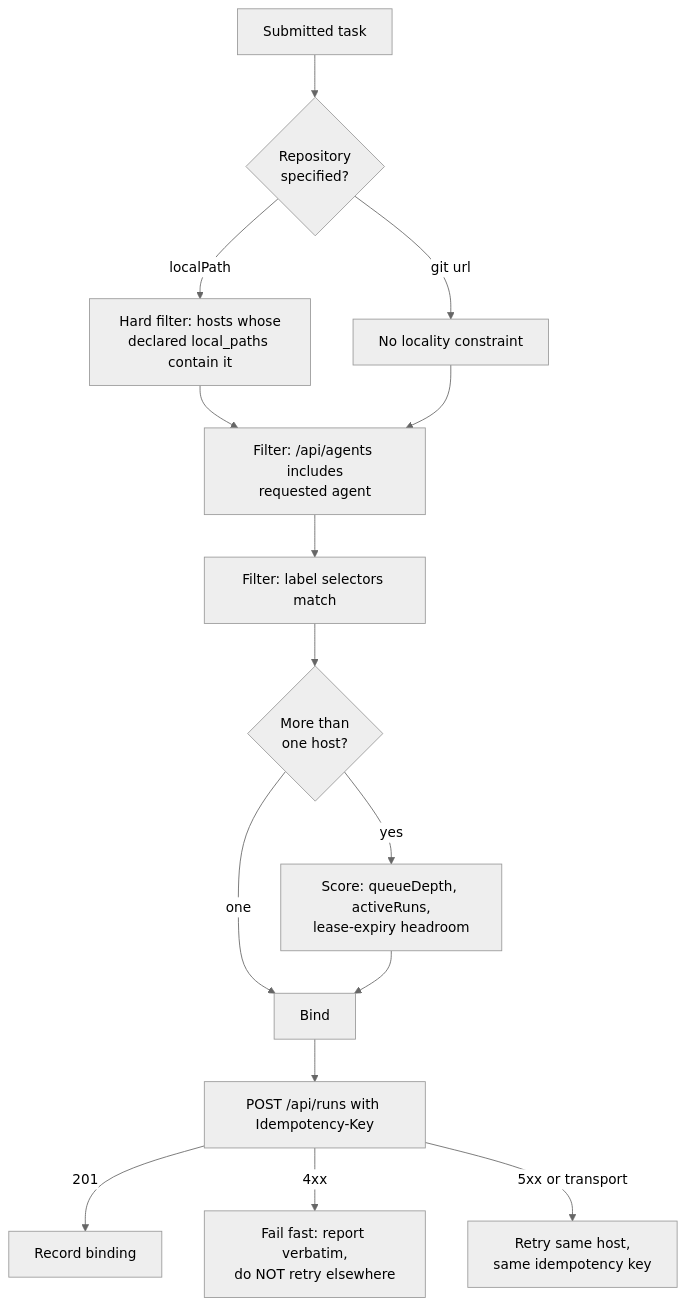
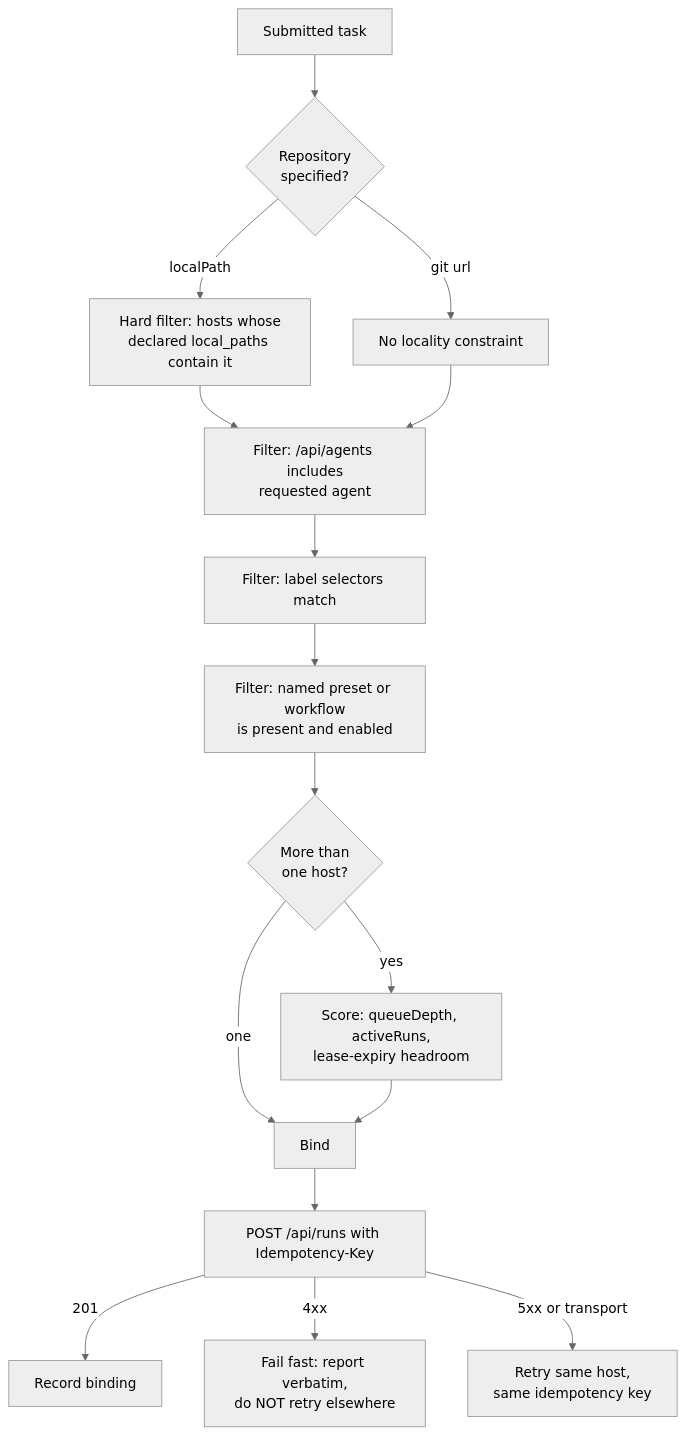
One commit to aywengo/mercury changed the diagram in docs/fleet-design.md. Above: the diagram before and after it, drawn with Mermaid (neutral theme). The commit also changed other lines of this file and 6 other files, not shown here.

````diff
--- a/docs/fleet-design.md
+++ b/docs/fleet-design.md
@@ -152,17 +152,18 @@
 ```mermaid
 flowchart TD
   T[Submitted task] --> R{Repository<br/>specified?}
   R -->|localPath| H1[Hard filter: hosts whose<br/>declared local_paths contain it]
   R -->|git url| H2[No locality constraint]
   H1 --> A[Filter: /api/agents includes<br/>requested agent]
   H2 --> A
   A --> L[Filter: label selectors match]
-  L --> C{More than<br/>one host?}
+  L --> V[Filter: named preset or workflow<br/>is present and enabled]
+  V --> C{More than<br/>one host?}
   C -->|yes| S[Score: queueDepth, activeRuns,<br/>lease-expiry headroom]
   C -->|one| B[Bind]
   S --> B
   B --> P[POST /api/runs with Idempotency-Key]
   P -->|201| OK[Record binding]
   P -->|4xx| F[Fail fast: report verbatim,<br/>do NOT retry elsewhere]
   P -->|5xx or transport| RT[Retry same host,<br/>same idempotency key]
 ```
````
